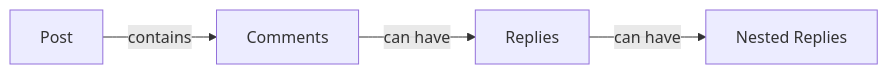
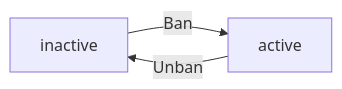
One commit to wrtnlabs/autobe-examples changed the third of 5 diagrams in qwen/qwen3.5-397b-a17b/reddit/docs/analysis/02-domain-model.md. Above: the diagram before and after it, drawn with Mermaid. The commit also changed other lines of this file and 32093 other files, not shown here.

````diff
--- a/qwen/qwen3.5-397b-a17b/reddit/docs/analysis/02-domain-model.md
+++ b/qwen/qwen3.5-397b-a17b/reddit/docs/analysis/02-domain-model.md
@@ -140,6 +476,5 @@
 ```mermaid
 flowchart LR
-    A["Post"] -->|"contains"| B["Comments"]
-    B -->|"can have"| C["Replies"]
-    C -->|"can have"| D["Nested Replies"]
+    A["inactive"] -->|"Ban"| B["active"]
+    B -->|"Unban"| A
 ```
````
